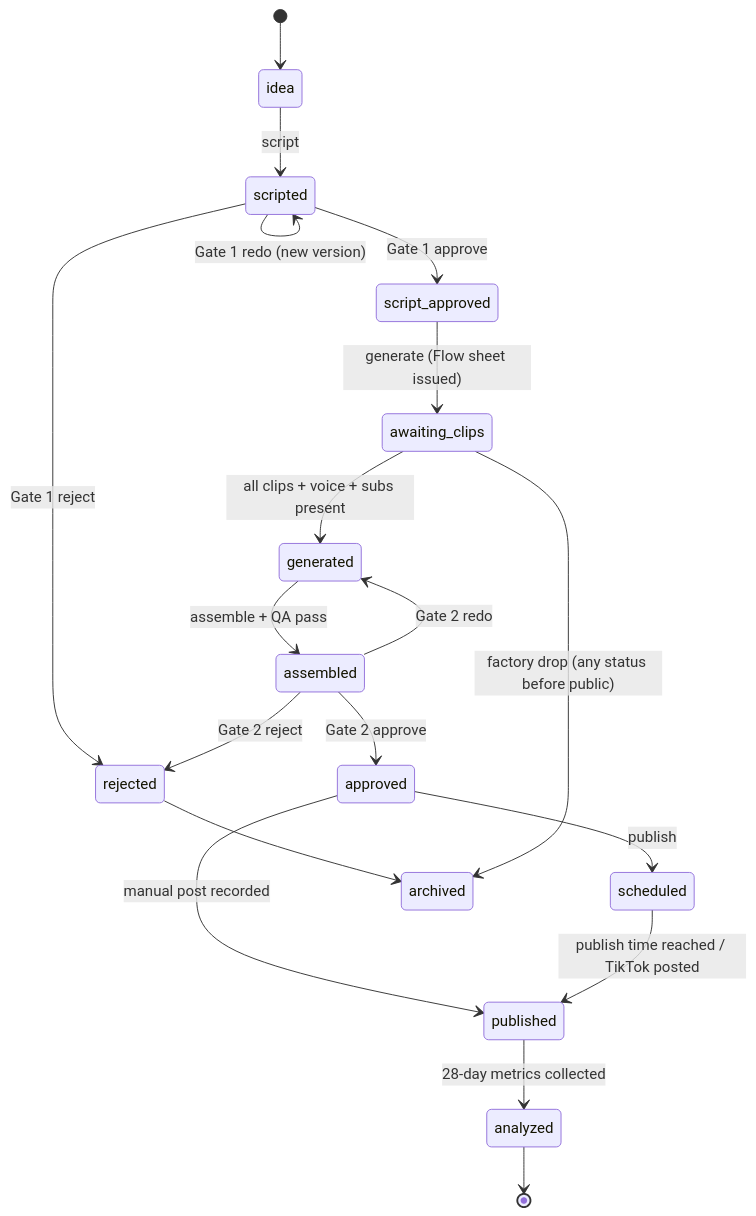
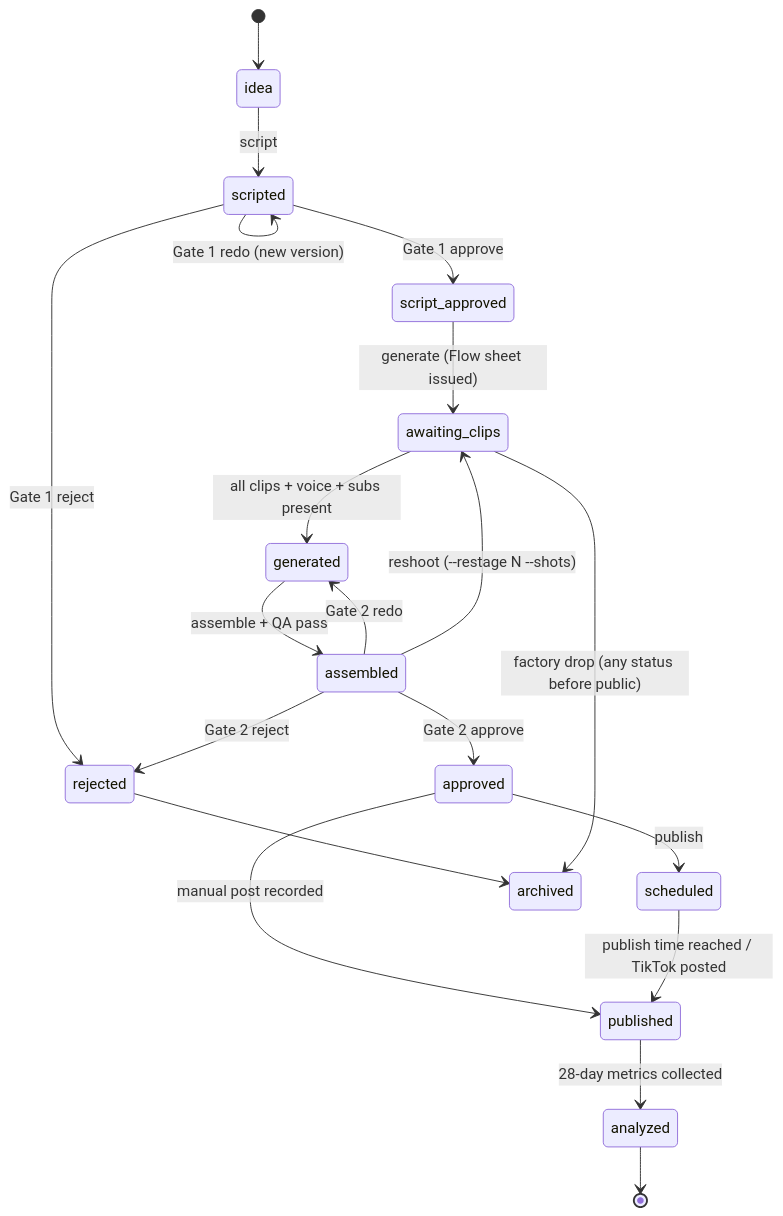
Before and after one commit to coilandcog/ai-content-factory: the second of 2 diagrams in docs/ARCHITECTURE.md, drawn with Mermaid. The commit also changed other lines of this file and 35 other files, not shown here.

Commit message:
feat: lessons (D-103), story shots (D-104), brief prompts default (D-105), variety fix (D-106), reshoot (D-107), lessons in Flow prompts (D-108)

````diff
--- a/docs/ARCHITECTURE.md
+++ b/docs/ARCHITECTURE.md
@@ -261,21 +264,22 @@
 ```mermaid
 stateDiagram-v2
     [*] --> idea
     idea --> scripted : script
     scripted --> script_approved : Gate 1 approve
     scripted --> scripted : Gate 1 redo (new version)
     scripted --> rejected : Gate 1 reject
     script_approved --> awaiting_clips : generate (Flow sheet issued)
     awaiting_clips --> generated : all clips + voice + subs present
     generated --> assembled : assemble + QA pass
     assembled --> approved : Gate 2 approve
     assembled --> generated : Gate 2 redo
+    assembled --> awaiting_clips : reshoot (--restage N --shots)
     assembled --> rejected : Gate 2 reject
     approved --> scheduled : publish
     approved --> published : manual post recorded
     scheduled --> published : publish time reached / TikTok posted
     published --> analyzed : 28-day metrics collected
     analyzed --> [*]
     rejected --> archived
     awaiting_clips --> archived : factory drop (any status before public)
 ```
````
